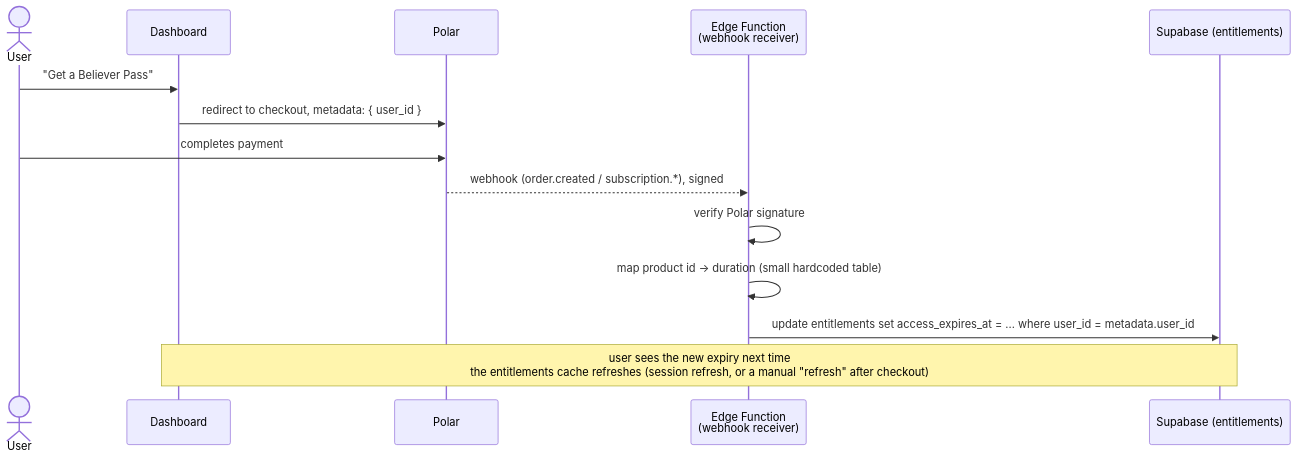
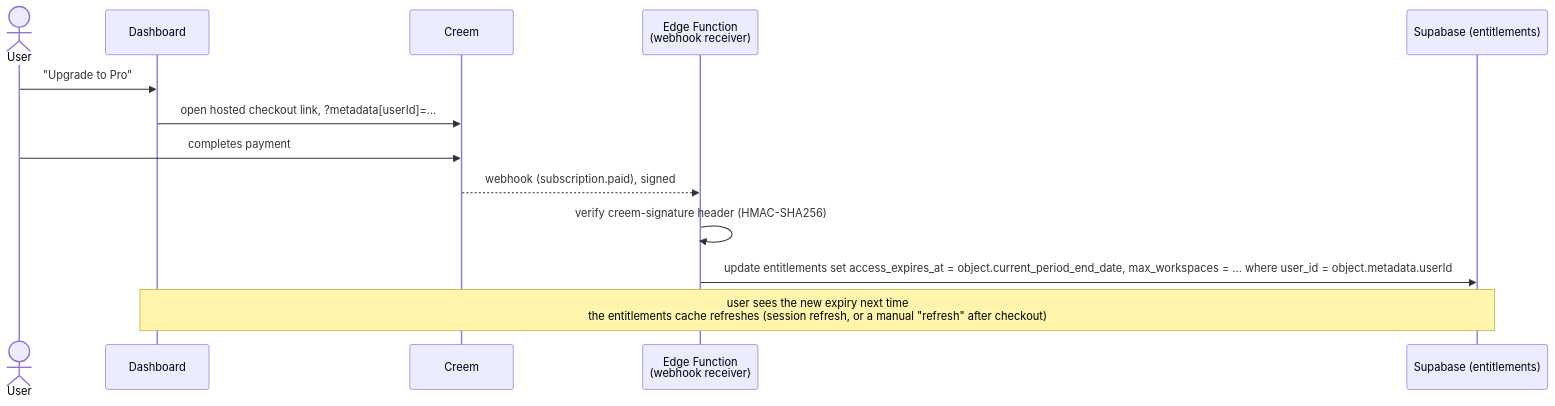
The eighth of 8 diagrams in docs/architecture-sync.md (enyhma/cntxt), drawn with Mermaid before and after one commit. The commit also changed other lines of this file and 1 other file, not shown here.

First line of the commit message:
docs: update sync plan for Creem payments and local-first workspace creation

````diff
--- a/docs/architecture-sync.md
+++ b/docs/architecture-sync.md
@@ -332,17 +350,16 @@
 ```mermaid
 sequenceDiagram
     actor User
     participant Dashboard
-    participant Polar
+    participant Creem
     participant Hook as Edge Function<br/>(webhook receiver)
     participant PG as Supabase (entitlements)
 
-    User->>Dashboard: "Get a Believer Pass"
-    Dashboard->>Polar: redirect to checkout, metadata: { user_id }
-    User->>Polar: completes payment
-    Polar-->>Hook: webhook (order.created / subscription.*), signed
-    Hook->>Hook: verify Polar signature
-    Hook->>Hook: map product id -> duration (small hardcoded table)
-    Hook->>PG: update entitlements set access_expires_at = ... where user_id = metadata.user_id
+    User->>Dashboard: "Upgrade to Pro"
+    Dashboard->>Creem: open hosted checkout link, ?metadata[userId]=...
+    User->>Creem: completes payment
+    Creem-->>Hook: webhook (subscription.paid), signed
+    Hook->>Hook: verify creem-signature header (HMAC-SHA256)
+    Hook->>PG: update entitlements set access_expires_at = object.current_period_end_date, max_workspaces = ... where user_id = object.metadata.userId
     Note over Dashboard,PG: user sees the new expiry next time<br/>the entitlements cache refreshes (session refresh, or a manual "refresh" after checkout)
 ```
````
